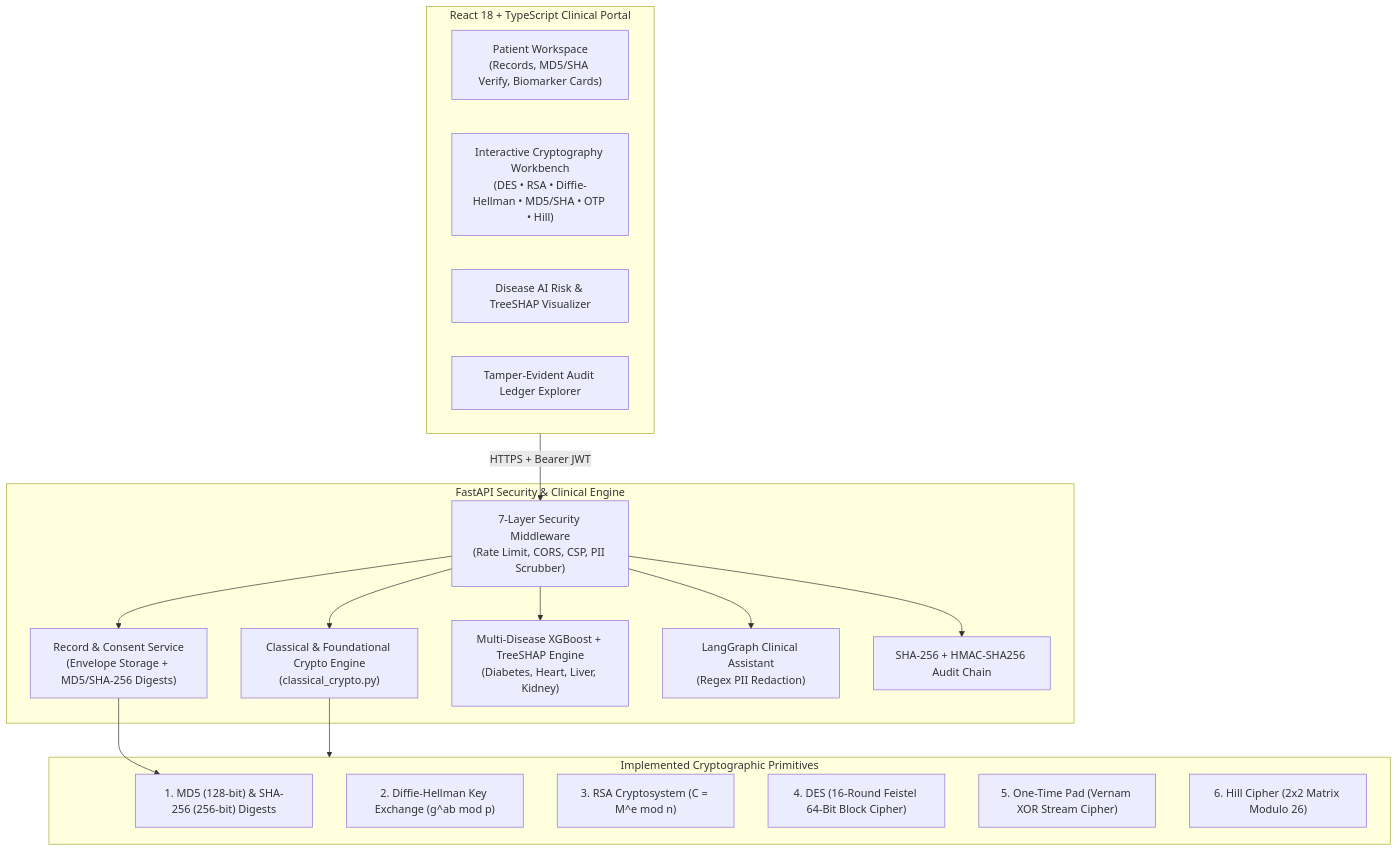
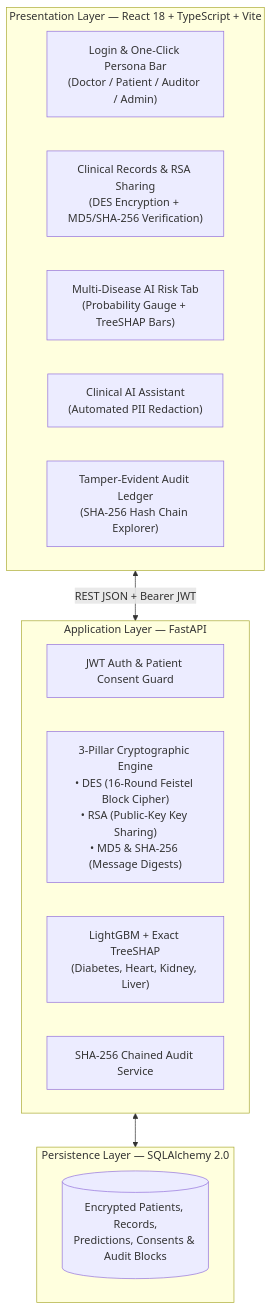
Before and after one commit to ezylopx5/secure-ehr: the diagram in docs/PROJECT_REPORT.md, drawn with Mermaid. The commit also changed other lines of this file and 15 other files, not shown here.

Commit message:
refactor(crypto): use DES, RSA, and MD5/SHA-256 in their natural EHR workflows

````diff
--- a/docs/PROJECT_REPORT.md
+++ b/docs/PROJECT_REPORT.md
@@ -45,36 +46,24 @@
 ```mermaid
 flowchart TB
-    subgraph Client["React 18 + TypeScript Clinical Portal"]
-        WS["Patient Workspace\n(Records, MD5/SHA Verify, Biomarker Cards)"]
-        LAB["Interactive Cryptography Workbench\n(DES • RSA • Diffie-Hellman • MD5/SHA • OTP • Hill)"]
-        AI_UI["Disease AI Risk & TreeSHAP Visualizer"]
-        AUDIT_UI["Tamper-Evident Audit Ledger Explorer"]
+    subgraph Frontend["Presentation Layer — React 18 + TypeScript + Vite"]
+        Login["Login & One-Click Persona Bar\n(Doctor / Patient / Auditor / Admin)"]
+        RecordsUI["Clinical Records & RSA Sharing\n(DES Encryption + MD5/SHA-256 Verification)"]
+        RiskUI["Multi-Disease AI Risk Tab\n(Probability Gauge + TreeSHAP Bars)"]
+        ChatUI["Clinical AI Assistant\n(Automated PII Redaction)"]
+        AuditUI["Tamper-Evident Audit Ledger\n(SHA-256 Hash Chain Explorer)"]
     end
 
-    subgraph Backend["FastAPI Security & Clinical Engine"]
-        MW["7-Layer Security Middleware\n(Rate Limit, CORS, CSP, PII Scrubber)"]
-        CLASSICAL["Classical & Foundational Crypto Engine\n(classical_crypto.py)"]
-        REC["Record & Consent Service\n(Envelope Storage + MD5/SHA-256 Digests)"]
-        ML["Multi-Disease XGBoost + TreeSHAP Engine\n(Diabetes, Heart, Liver, Kidney)"]
-        CHAT["LangGraph Clinical Assistant\n(Regex PII Redaction)"]
-        AUDIT["SHA-256 + HMAC-SHA256 Audit Chain"]
+    subgraph Backend["Application Layer — FastAPI"]
+        AuthSvc["JWT Auth & Patient Consent Guard"]
+        CryptoEngine["3-Pillar Cryptographic Engine\n• DES (16-Round Feistel Block Cipher)\n• RSA (Public-Key Key Sharing)\n• MD5 & SHA-256 (Message Digests)"]
+        MLService["LightGBM + Exact TreeSHAP\n(Diabetes, Heart, Kidney, Liver)"]
+        AuditSvc["SHA-256 Chained Audit Service"]
     end
 
-    subgraph Algorithms["Implemented Cryptographic Primitives"]
-        A1["1. MD5 (128-bit) & SHA-256 (256-bit) Digests"]
-        A2["2. Diffie-Hellman Key Exchange (g^ab mod p)"]
-        A3["3. RSA Cryptosystem (C = M^e mod n)"]
-        A4["4. DES (16-Round Feistel 64-Bit Block Cipher)"]
-        A5["5. One-Time Pad (Vernam XOR Stream Cipher)"]
-        A6["6. Hill Cipher (2x2 Matrix Modulo 26)"]
+    subgraph Storage["Persistence Layer — SQLAlchemy 2.0"]
+        DB[("Encrypted Patients, Records,\nPredictions, Consents & Audit Blocks")]
     end
 
-    Client -->|HTTPS + Bearer JWT| MW
-    MW --> CLASSICAL
-    MW --> REC
-    MW --> ML
-    MW --> CHAT
-    MW --> AUDIT
-    CLASSICAL --> Algorithms
-    REC --> A1
+    Frontend <-->|REST JSON + Bearer JWT| Backend
+    Backend <--> Storage
 ```
````
